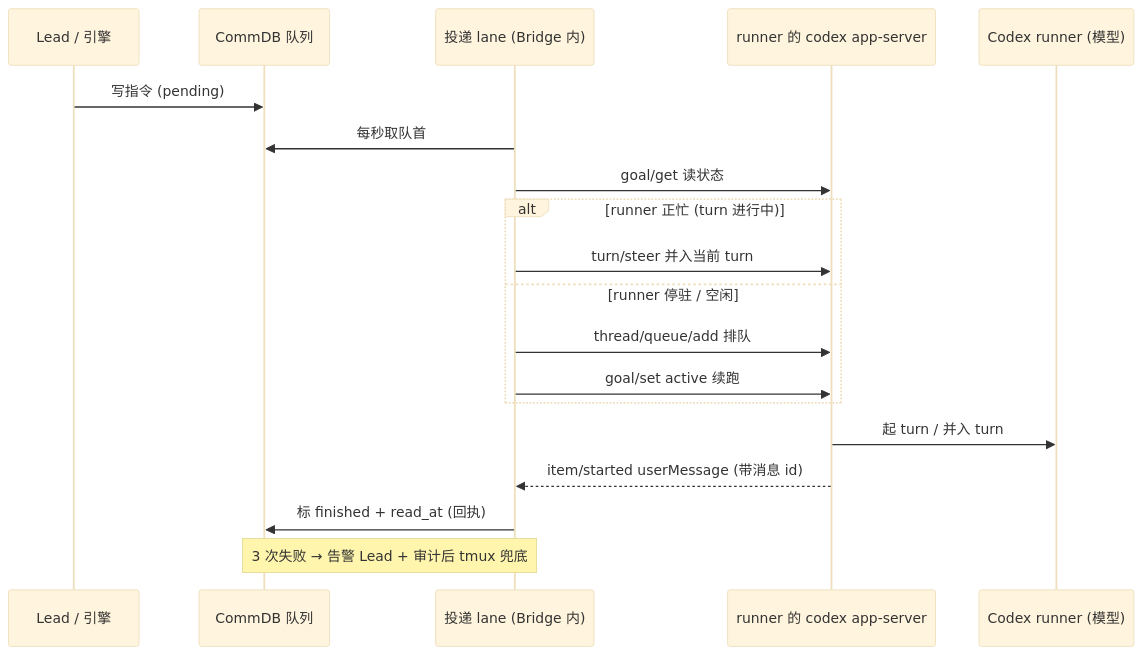
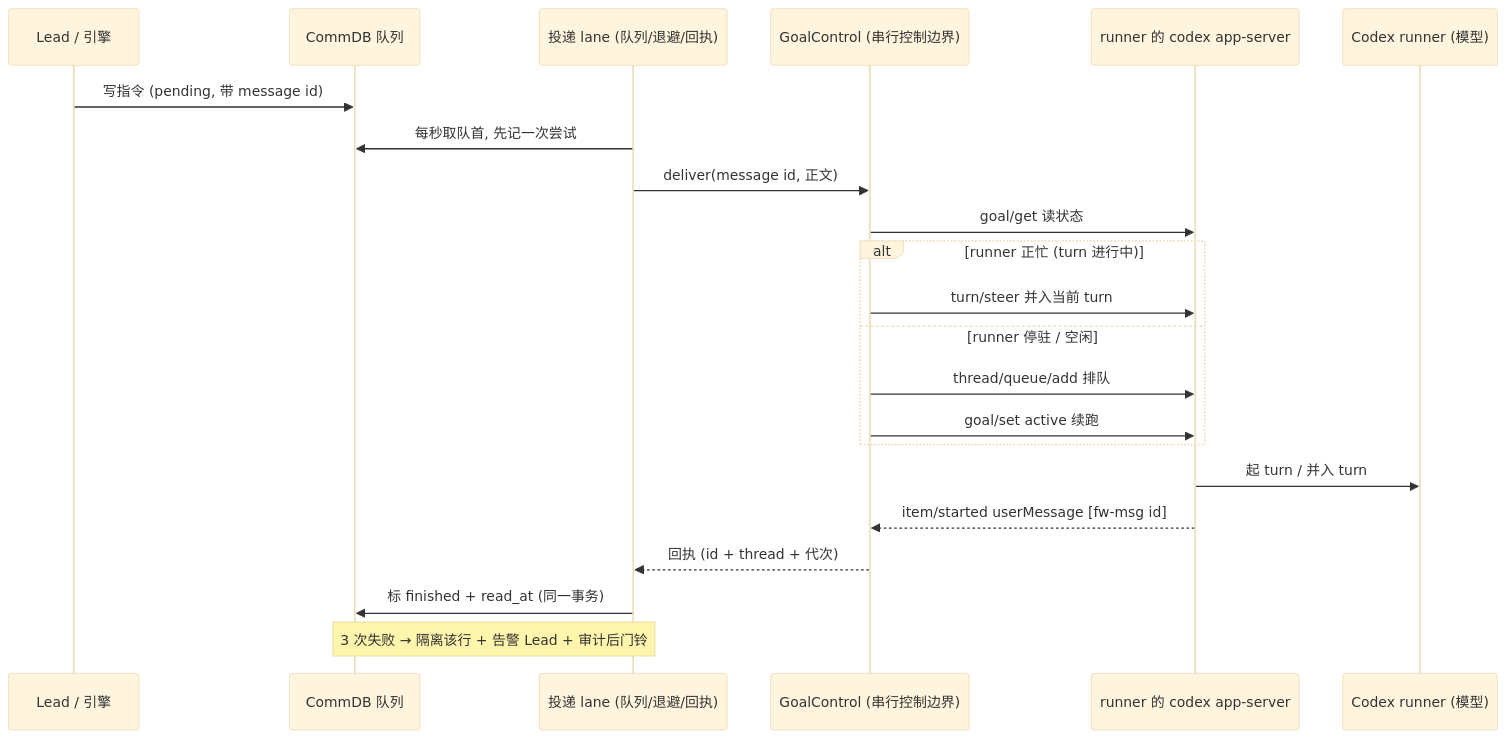
The diagram in engineering/doc/FLY-2127-codex-native-wake/diagrams/d1-flow.mmd (xrliAnnie/flywheel-qa-sandbox), drawn with Mermaid (base theme) before and after one commit. The commit also changed 4 other files, not shown here.

```diff
--- a/engineering/doc/FLY-2127-codex-native-wake/diagrams/d1-flow.mmd
+++ b/engineering/doc/FLY-2127-codex-native-wake/diagrams/d1-flow.mmd
@@ -1,19 +1,22 @@
 sequenceDiagram
     participant L as Lead / 引擎
     participant DB as CommDB 队列
-    participant N as 投递 lane (Bridge 内)
+    participant N as 投递 lane (队列/退避/回执)
+    participant C as GoalControl (串行控制边界)
     participant D as runner 的 codex app-server
     participant R as Codex runner (模型)
-    L->>DB: 写指令 (pending)
-    N->>DB: 每秒取队首
-    N->>D: goal/get 读状态
+    L->>DB: 写指令 (pending, 带 message id)
+    N->>DB: 每秒取队首, 先记一次尝试
+    N->>C: deliver(message id, 正文)
+    C->>D: goal/get 读状态
     alt runner 正忙 (turn 进行中)
-        N->>D: turn/steer 并入当前 turn
+        C->>D: turn/steer 并入当前 turn
     else runner 停驻 / 空闲
-        N->>D: thread/queue/add 排队
-        N->>D: goal/set active 续跑
+        C->>D: thread/queue/add 排队
+        C->>D: goal/set active 续跑
     end
     D->>R: 起 turn / 并入 turn
-    D-->>N: item/started userMessage (带消息 id)
-    N->>DB: 标 finished + read_at (回执)
-    Note over N,DB: 3 次失败 → 告警 Lead + 审计后 tmux 兜底
+    D-->>C: item/started userMessage [fw-msg id]
+    C-->>N: 回执 (id + thread + 代次)
+    N->>DB: 标 finished + read_at (同一事务)
+    Note over N,DB: 3 次失败 → 隔离该行 + 告警 Lead + 审计后门铃
```
